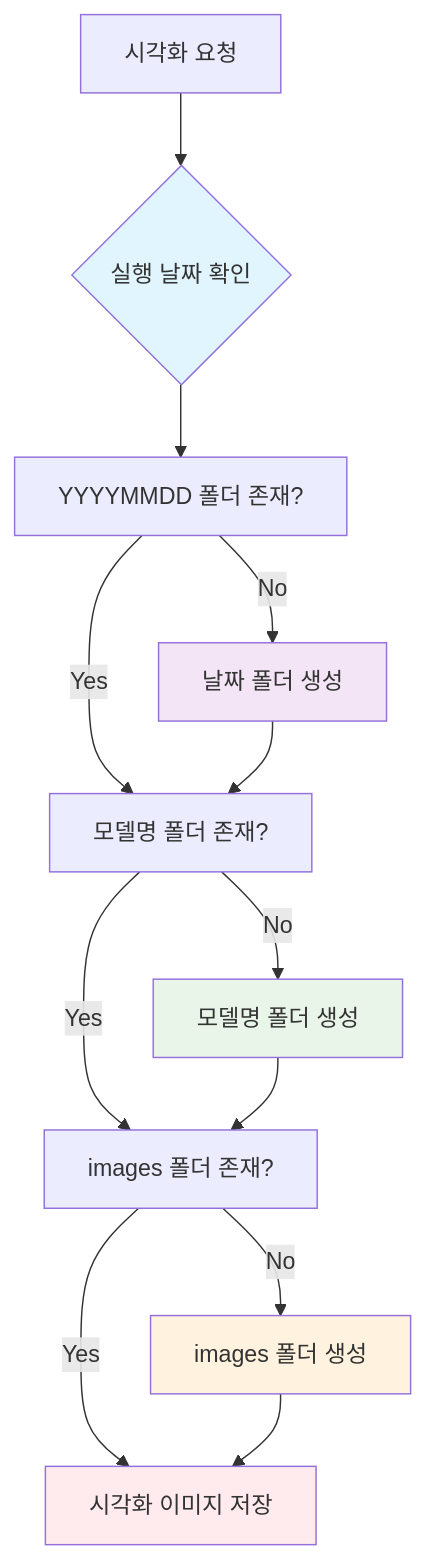
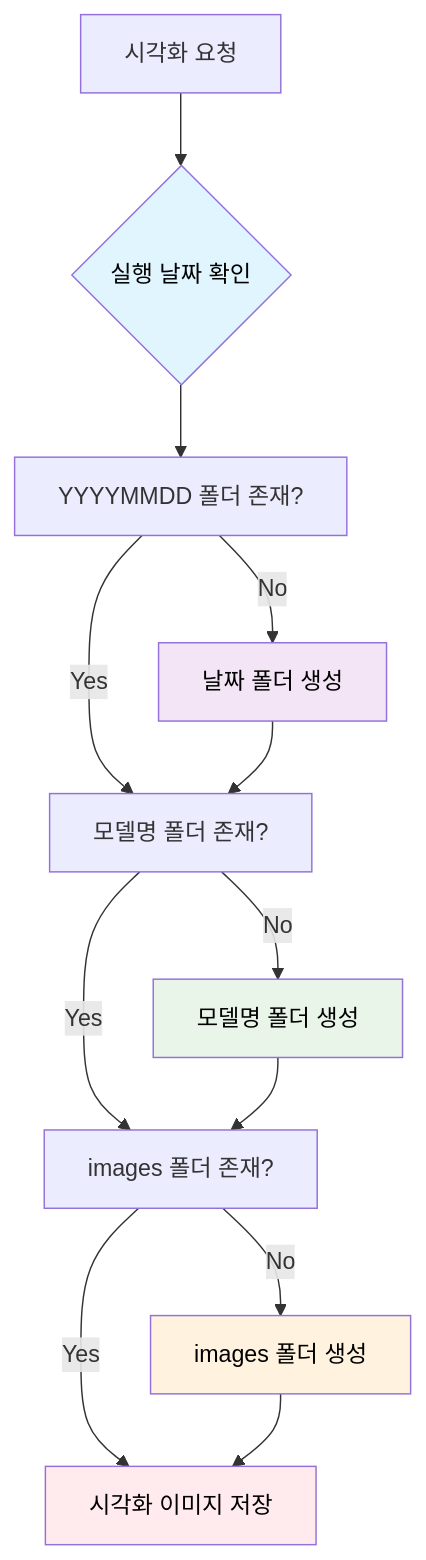
The sixth of 6 diagrams in docs/시스템/시각화_시스템_가이드.md (nimnusmik/CV_documents_classification_competition), drawn with Mermaid before and after one commit. The commit also changed other lines of this file and 11 other files, not shown here.

Commit message:
docs: mermaid 글자 색상 명확한 검정색으로 수정

````diff
--- a/docs/시스템/시각화_시스템_가이드.md
+++ b/docs/시스템/시각화_시스템_가이드.md
@@ -329,20 +329,20 @@
 ```mermaid
 graph TD
     A[시각화 요청] --> B{실행 날짜 확인}
     B --> C[YYYYMMDD 폴더 존재?]
     C -->|No| D[날짜 폴더 생성]
     C -->|Yes| E[모델명 폴더 존재?]
     D --> E
     E -->|No| F[모델명 폴더 생성]
     E -->|Yes| G[images 폴더 존재?]
     F --> G
     G -->|No| H[images 폴더 생성]
     G -->|Yes| I[시각화 이미지 저장]
     H --> I
     
-    style B fill:#e1f5fe
-    style D fill:#f3e5f5
-    style F fill:#e8f5e8
-    style H fill:#fff3e0
-    style I fill:#ffebee
+    style B fill:#e1f5fe, color:#000000
+    style D fill:#f3e5f5, color:#000000
+    style F fill:#e8f5e8, color:#000000
+    style H fill:#fff3e0, color:#000000
+    style I fill:#ffebee, color:#000000
 ```
````
